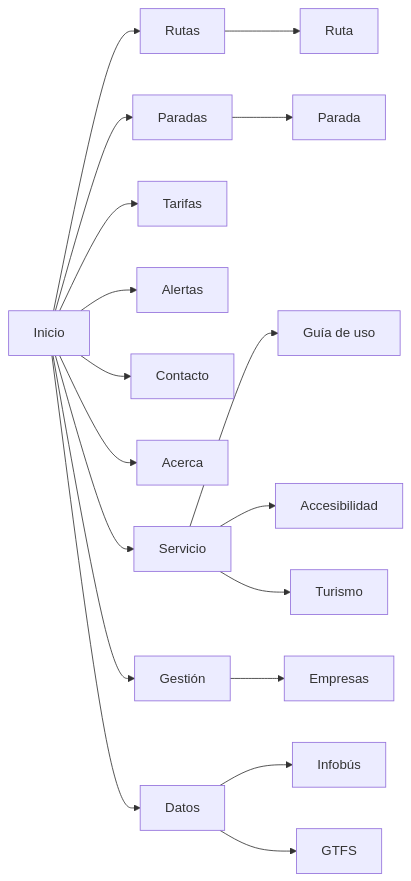
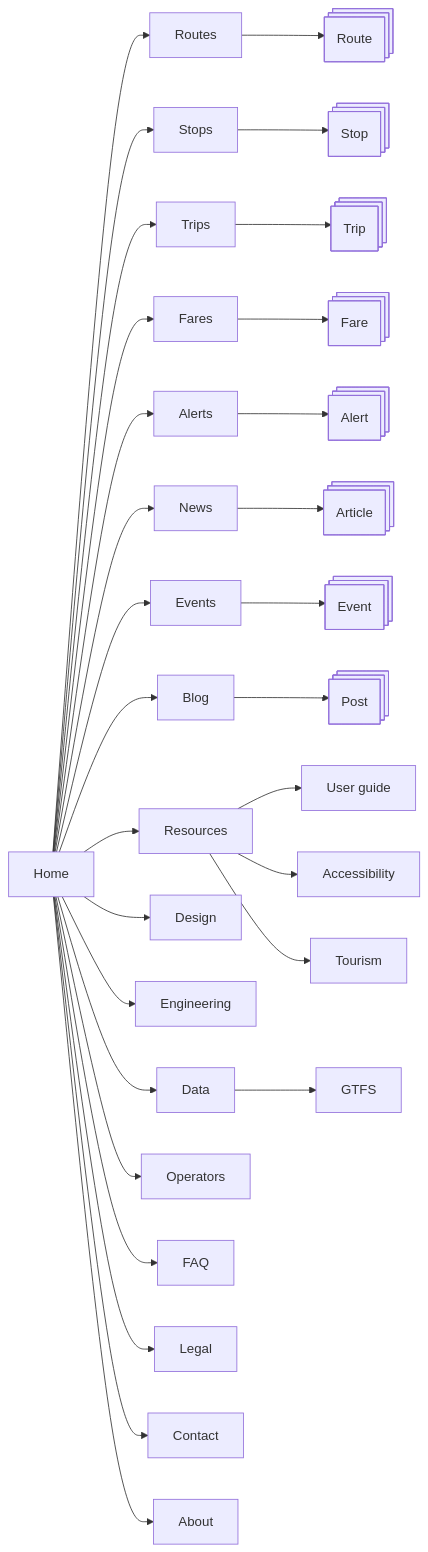
The first of 2 diagrams in SITEMAP.md (simovilab/infobus-web), drawn with Mermaid before and after one commit. The commit also changed other lines of this file and 209 other files, not shown here.

````diff
--- a/SITEMAP.md
+++ b/SITEMAP.md
@@ -3,42 +3,66 @@
 ```mermaid
 flowchart LR
-    index[Inicio]
-    routes[Rutas]
-    route[Ruta]
-    stops[Paradas]
-    stop[Parada]
-    fares[Tarifas]
-    alerts[Alertas]
-    contact[Contacto]
-    about[Acerca]
-    service[Servicio]
-    guide[Guía de uso]
-    a10y[Accesibilidad]
-    tourism[Turismo]
-    management[Gestión]
-    agencies[Empresas]
-    data[Datos]
-    ib[Infobús]
+    index[Home]
+    routes[Routes]
+    route@{ shape: processes, label: "Route"}
+    stops[Stops]
+    stop@{ shape: processes, label: "Stop"}
+    trips[Trips]
+    trip@{ shape: processes, label: "Trip"}
+    alerts[Alerts]
+    alert@{ shape: processes, label: "Alert"}
+    fares[Fares]
+    fare@{ shape: processes, label: "Fare"}
+    news[News]
+    article@{ shape: processes, label: "Article"}
+    events[Events]
+    event@{ shape: processes, label: "Event"}
+    blog[Blog]
+    post@{ shape: processes, label: "Post"}
+    resources[Resources]
+    guide[User guide]
+    a10y[Accessibility]
+    tourism[Tourism]
+    design[Design]
+    engineering[Engineering]
+    data[Data]
     gtfs[GTFS]
+    operators[Operators]
+    faq[FAQ]
+    legal[Legal]
+    contact[Contact]
+    about[About]
 
+    index --> operators
     index --> routes
     index --> stops
+    index --> trips
     index --> fares
     index --> alerts
+    index --> news
+    index --> events
+    index --> blog
+    index --> legal
+    index --> resources
+    index --> data
+    index --> design
+    index --> engineering
+    index --> faq
     index --> contact
     index --> about
-    index --> service
-    index --> management
-    index --> data
 
     routes --> route
     stops --> stop
-    service --> guide
-    service --> a10y
-    service --> tourism
-    management --> agencies
-    data --> ib
+    trips --> trip
+    alerts --> alert
+    fares --> fare
+    news --> article
+    blog --> post
+    resources --> guide
+    resources --> a10y
+    resources --> tourism
     data --> gtfs
+    events --> event
 
 
 ```
````
